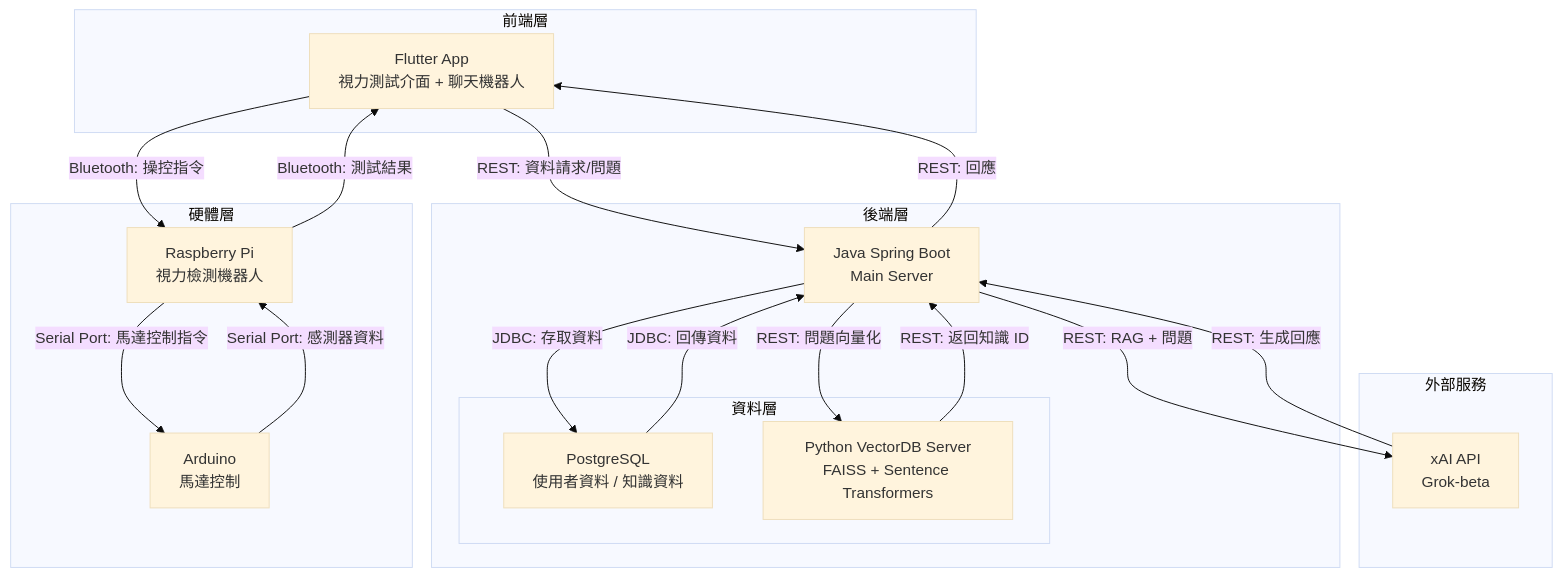
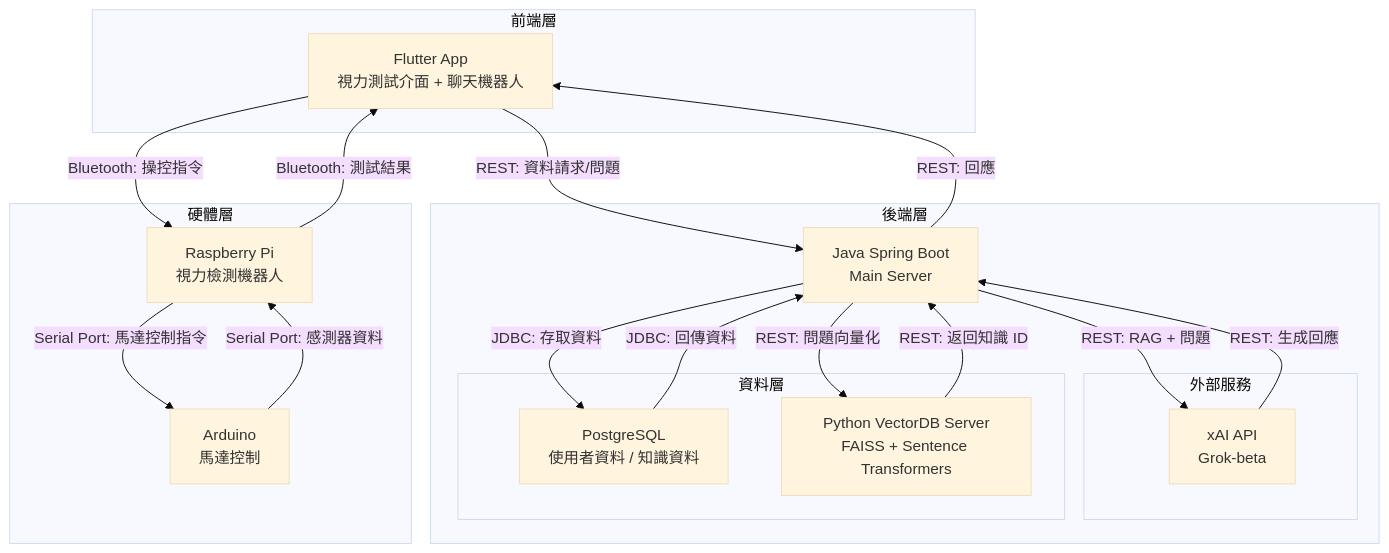
One commit to sunnyshoun/2025-NCKU-Medical-System-Project changed the diagram in README.md. Above: the diagram before and after it, drawn with Mermaid (base theme).

Commit message:
update structure diagram

````diff
--- a/README.md
+++ b/README.md
@@ -17,41 +17,39 @@
 ```mermaid
 graph TD
     %% 前端層
     subgraph Frontend [前端層]
         A[Flutter App<br>視力測試介面 + 聊天機器人]
     end
 
     %% 後端層
     subgraph Backend [後端層]
         B[Java Spring Boot<br>Main Server]
+        subgraph External [外部服務]
+            E[xAI API<br>Grok-beta]
+        end
         subgraph Data [資料層]
             C[PostgreSQL<br>使用者資料 / 知識資料]
             D[Python VectorDB Server<br>FAISS + Sentence Transformers]
         end
     end
 
     %% 硬體層
     subgraph Hardware [硬體層]
         F[Raspberry Pi<br>視力檢測機器人]
         G[Arduino<br>馬達控制]
-    end
-    
-    %% 外部服務
-    subgraph External [外部服務]
-        E[xAI API<br>Grok-beta]
     end
 
     %% 資料流
     A -->|Bluetooth: 操控指令| F
     F -->|Bluetooth: 測試結果| A
     A -->|REST: 資料請求/問題| B
     B -->|JDBC: 存取資料| C
     C -->|JDBC: 回傳資料| B
     B -->|REST: 問題向量化| D
     D -->|REST: 返回知識 ID| B
     B -->|REST: RAG + 問題| E
     E -->|REST: 生成回應| B
     B -->|REST: 回應| A
     F -->|Serial Port: 馬達控制指令| G
     G -->|Serial Port: 感測器資料| F
 ```
````
